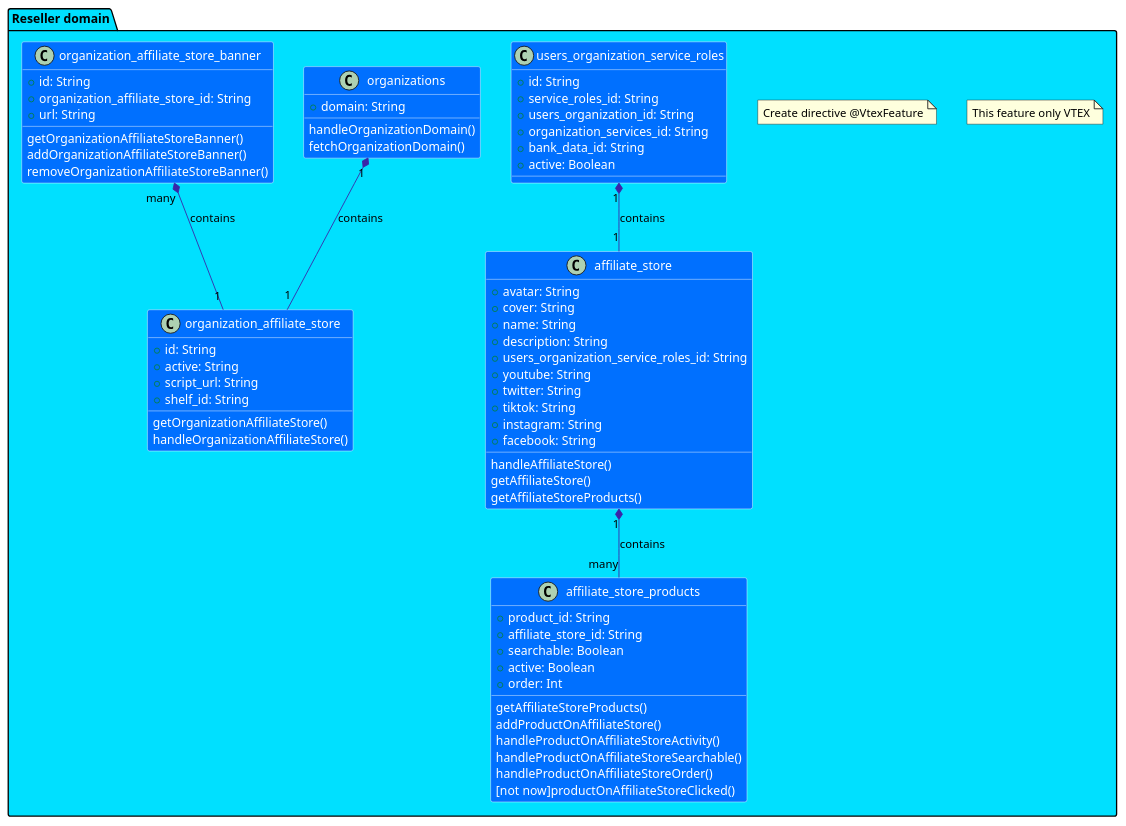
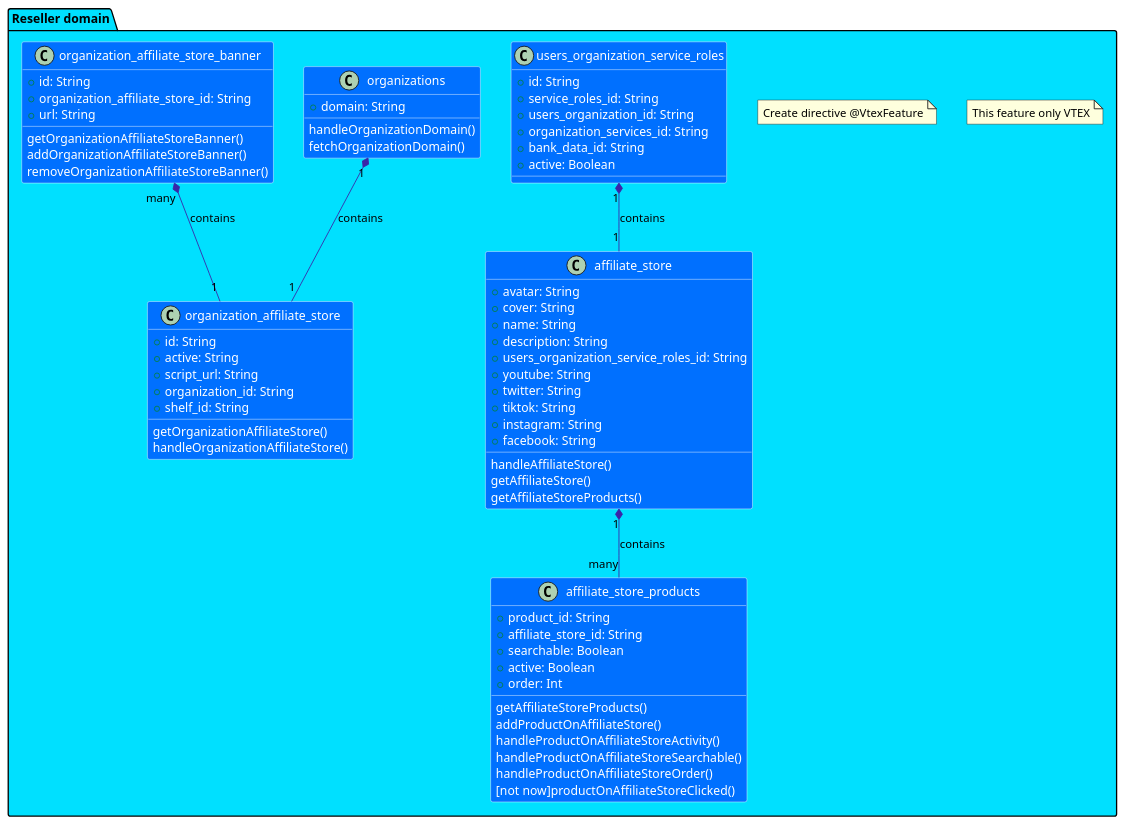
Before and after one commit to LucasTiberio/retailer-dev-api: the diagram in affiliate-store-architecture.md, drawn with PlantUML.

Commit message:
docs: architecture fixed.

```diff
--- a/affiliate-store-architecture.md
+++ b/affiliate-store-architecture.md
@@ -43,6 +43,7 @@
         + id: String
         + active: String
         + script_url: String
+        + organization_id: String
         + shelf_id: String
     }
     organization_affiliate_store : getOrganizationAffiliateStore()
```
